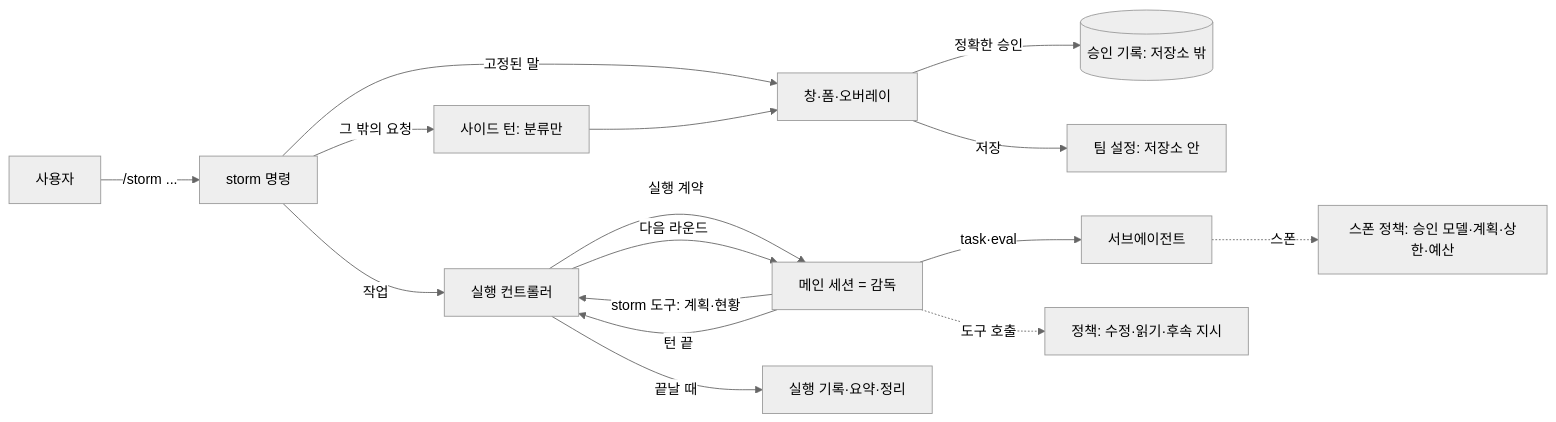
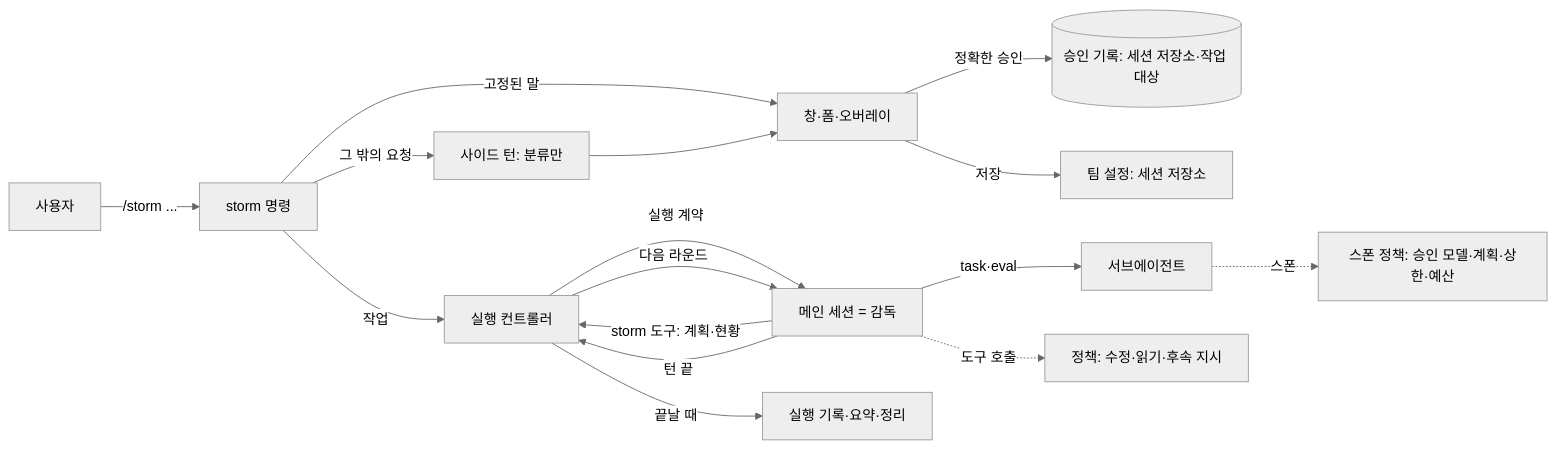
One commit to dhkimxx/omp-storm changed the diagram in docs/design.md. Above: the diagram before and after it, drawn with Mermaid (neutral theme). The commit also changed other lines of this file and 106 other files, not shown here.

````diff
--- a/docs/design.md
+++ b/docs/design.md
@@ -109,18 +111,18 @@
 ```mermaid
 flowchart LR
   U[사용자] -->|/storm ...| C[storm 명령]
   C -->|고정된 말| F[창·폼·오버레이]
   C -->|그 밖의 요청| S[사이드 턴: 분류만]
   S --> F
-  F -->|정확한 승인| A[(승인 기록: 저장소 밖)]
-  F -->|저장| G[팀 설정: 저장소 안]
+  F -->|정확한 승인| A[(승인 기록: 세션 저장소·작업 대상)]
+  F -->|저장| G[팀 설정: 세션 저장소]
   C -->|작업| R[실행 컨트롤러]
   R -->|실행 계약| M[메인 세션 = 감독]
   M -->|storm 도구: 계획·현황| R
   M -->|task·eval| W[서브에이전트]
   M -.->|도구 호출| P[정책: 수정·읽기·후속 지시]
   W -.->|스폰| H[스폰 정책: 승인 모델·계획·상한·예산]
   M -->|턴 끝| R
   R -->|다음 라운드| M
   R -->|끝날 때| J[실행 기록·요약·정리]
 ```
````
